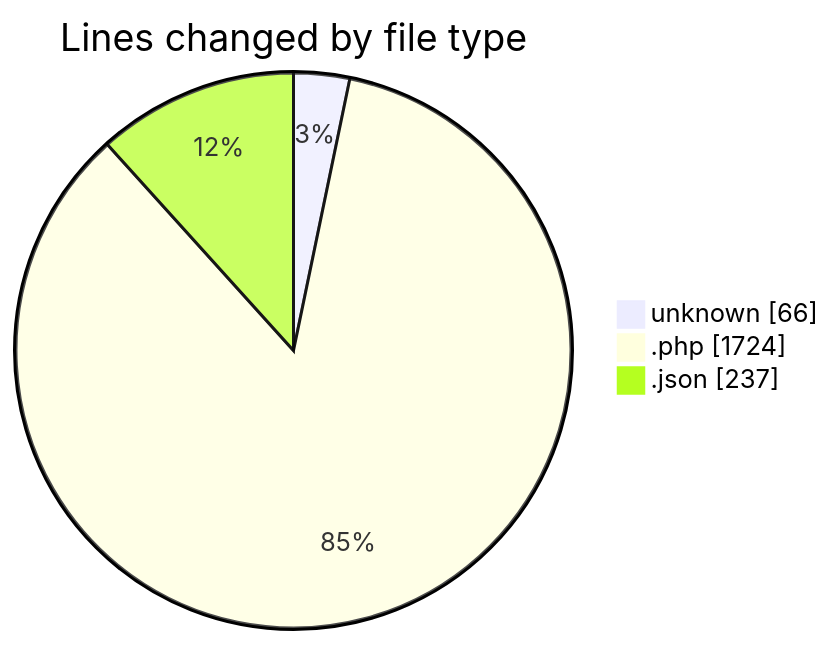
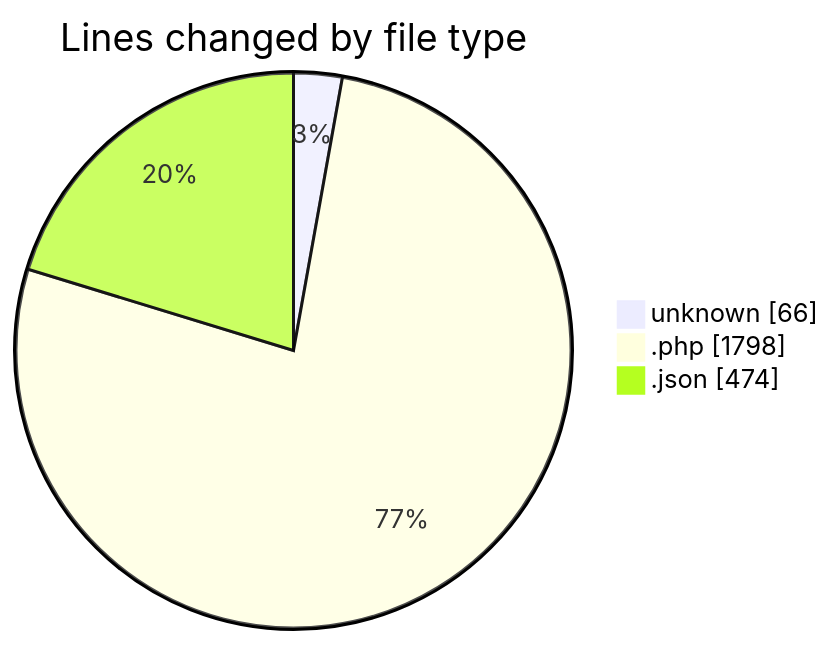
The first of 2 diagrams in 2025-05-27/studio-backend/README.md (idhammustaqopulfikri/code-tracking), drawn with Mermaid before and after one commit. The commit also changed other lines of this file and 1 other file, not shown here.

````diff
--- a/2025-05-27/studio-backend/README.md
+++ b/2025-05-27/studio-backend/README.md
@@ -51,7 +51,7 @@
 ```mermaid
 pie showData
 title Lines changed by file type
 "unknown" : 66
-".php" : 1724
-".json" : 237
+".php" : 1798
+".json" : 474
 ```
````
